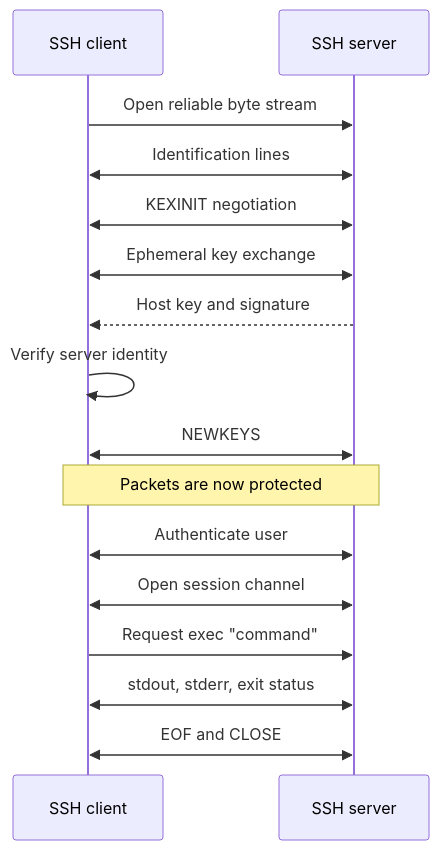
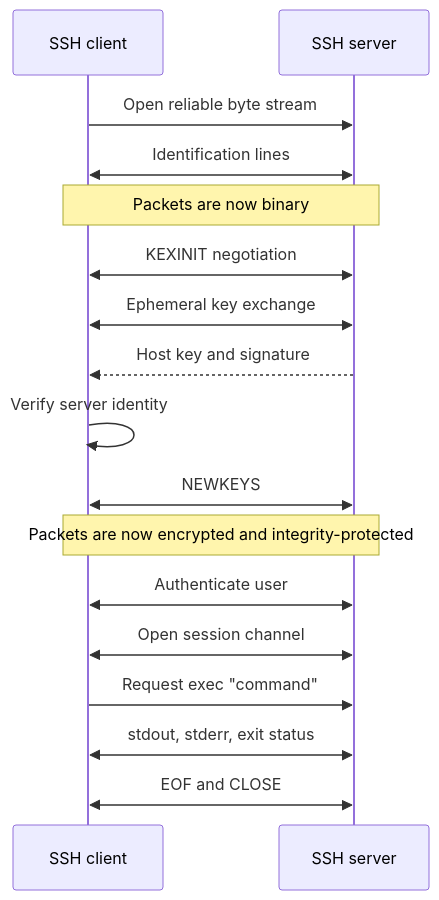
Before and after one commit to fornwall/ssh-protocol: the second of 2 diagrams in src/introduction.md, drawn with Mermaid. The commit also changed other lines of this file, not shown here.

````diff
--- a/src/introduction.md
+++ b/src/introduction.md
@@ -37,18 +32,19 @@
 ```mermaid
 sequenceDiagram
     participant C as SSH client
     participant S as SSH server
     C->>S: Open reliable byte stream
     C<<->>S: Identification lines
+    Note over C,S: Packets are now binary
     C<<->>S: KEXINIT negotiation
     C<<->>S: Ephemeral key exchange
     S-->>C: Host key and signature
     C->>C: Verify server identity
     C<<->>S: NEWKEYS
-    Note over C,S: Packets are now protected
+    Note over C,S: Packets are now encrypted and integrity-protected
     C<<->>S: Authenticate user
     C<<->>S: Open session channel
     C->>S: Request exec "command"
     C<<->>S: stdout, stderr, exit status
     C<<->>S: EOF and CLOSE
 ```
````
